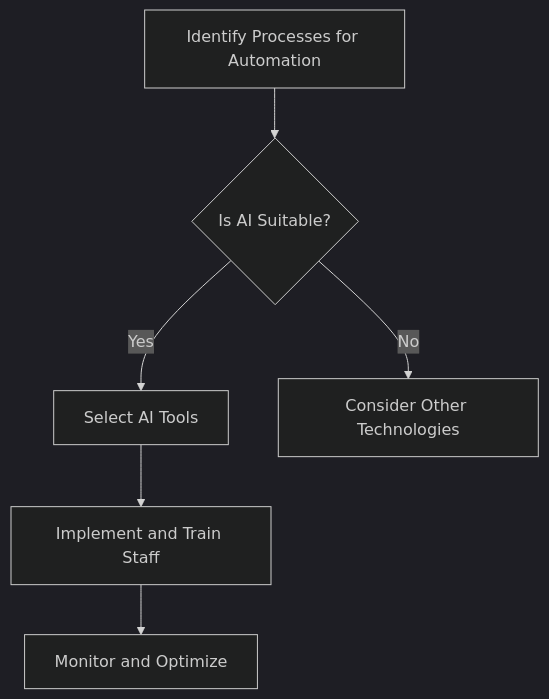
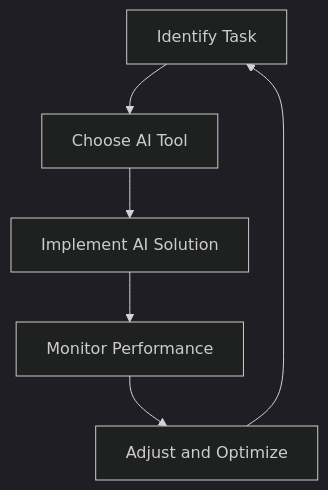
The diagram in content/posts/how-ai-automation-is-transforming-business-operations.md (ai-tools-lab/ai-tools-lab.github.io), drawn with Mermaid (dark theme) before and after one commit. The commit also changed other lines of this file and 34 other files, not shown here.

````diff
--- a/content/posts/how-ai-automation-is-transforming-business-operations.md
+++ b/content/posts/how-ai-automation-is-transforming-business-operations.md
@@ -114,8 +139,8 @@
 ```mermaid
 graph TD;
-    A[Identify Processes for Automation] --> B{Is AI Suitable?};
-    B -- Yes --> C[Select AI Tools];
-    B -- No --> D[Consider Other Technologies];
-    C --> E[Implement and Train Staff];
-    E --> F[Monitor and Optimize];
+    A[Identify Task] --> B[Choose AI Tool]
+    B --> C[Implement AI Solution]
+    C --> D[Monitor Performance]
+    D --> E[Adjust and Optimize]
+    E --> A
 ```
````
